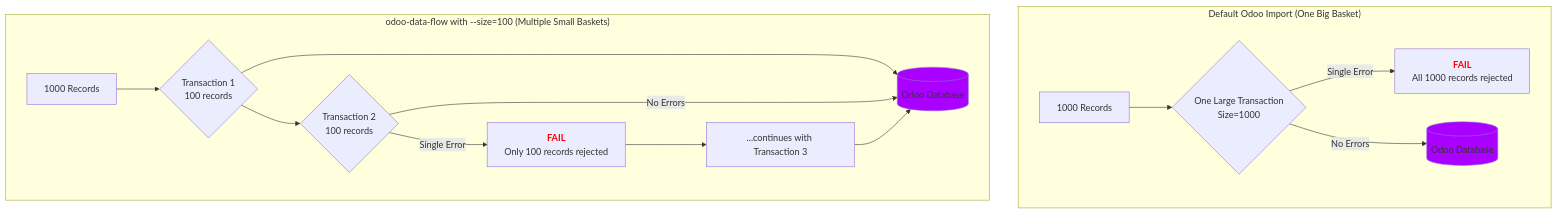
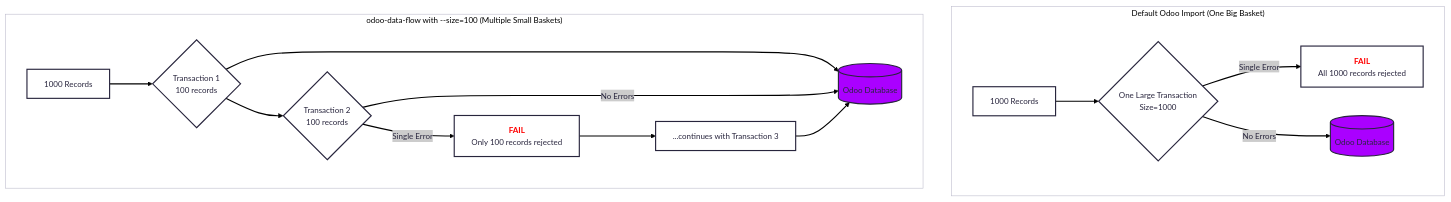
Before and after one commit to OdooDataFlow/odoo-data-flow: the second of 2 diagrams in docs/guides/performance_tuning.md, drawn with Mermaid. The commit also changed other lines of this file and 13 other files, not shown here.

````diff
--- a/docs/guides/performance_tuning.md
+++ b/docs/guides/performance_tuning.md
@@ -135,34 +149,40 @@
 ```{mermaid}
+---
+config:
+  theme: redux
+---
 flowchart TD
   subgraph subGraph0["Default Odoo Import (One Big Basket)"]
           B{"One Large Transaction<br>Size=1000"}
           A["1000 Records"]
-          D@{ label: "<font color=\"red\"><b>FAIL</b></font><br>All 1000 records rejected" }
+          D@{ label: "<font color="red"><b>FAIL</b></font><br>All 1000 records rejected" }
           C["Odoo Database"]
     end
   subgraph subGraph1["odoo-data-flow with --size=100 (Multiple Small Baskets)"]
           F{"Transaction 1<br>100 records"}
           E["1000 Records"]
           G["Odoo Database"]
           H{"Transaction 2<br>100 records"}
-          I@{ label: "<font color=\"red\"><b>FAIL</b></font><br>Only 100 records rejected" }
+          I@{ label: "<font color="red"><b>FAIL</b></font><br>Only 100 records rejected" }
           J["...continues with Transaction 3"]
     end
       A --> B
       B -- Single Error --> D
       B -- No Errors --> C
       E --> F
       F --> G & H
       H -- Single Error --> I
       H -- No Errors --> G
       I --> J
       J --> G
 
       D@{ shape: rect}
       C@{ shape: cyl}
       G@{ shape: cyl}
       I@{ shape: rect}
       style C fill:#AA00FF
       style G fill:#AA00FF
+      style subGraph0 fill:transparent
+      style subGraph1 fill:transparent
 
 ```
````
